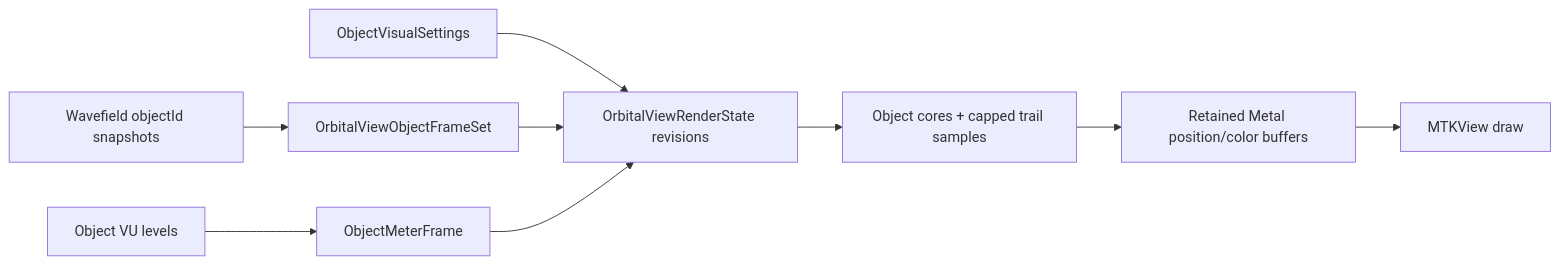
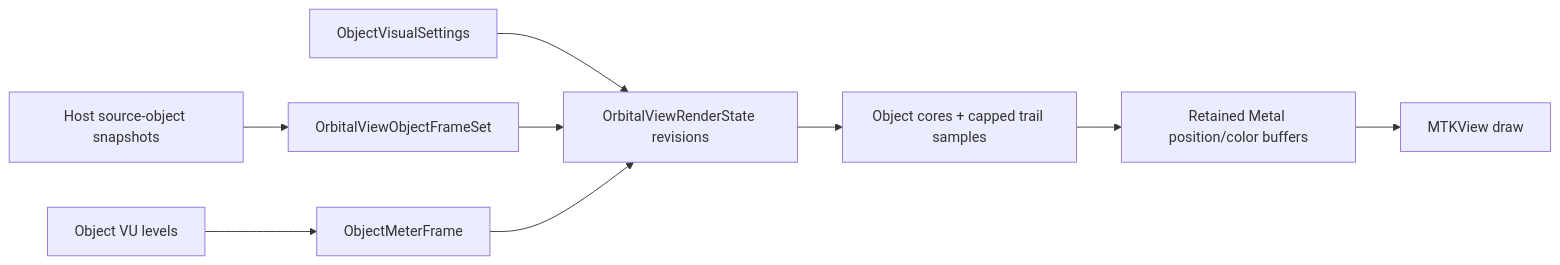
The tenth of 15 diagrams in docs/system-flows.md (jebagu/orbital-view), drawn with Mermaid before and after one commit. The commit also changed other lines of this file and 37 other files, not shown here.

Commit message:
Complete native Orbital View continuation and viewer

````diff
--- a/docs/system-flows.md
+++ b/docs/system-flows.md
@@ -94,11 +150,11 @@
 ```mermaid
 flowchart LR
-  Wavefield["Wavefield objectId snapshots"] --> Frames["OrbitalViewObjectFrameSet"]
-  WavefieldMeters["Object VU levels"] --> Meters["ObjectMeterFrame"]
+  HostObjects["Host source-object snapshots"] --> Frames["OrbitalViewObjectFrameSet"]
+  HostObjectMeters["Object VU levels"] --> Meters["ObjectMeterFrame"]
   Settings["ObjectVisualSettings"] --> Renderer["OrbitalViewRenderState revisions"]
   Frames --> Renderer
   Meters --> Renderer
   Renderer --> DrawInputs["Object cores + capped trail samples"]
   DrawInputs --> Buffers["Retained Metal position/color buffers"]
   Buffers --> Draw["MTKView draw"]
 ```
````
